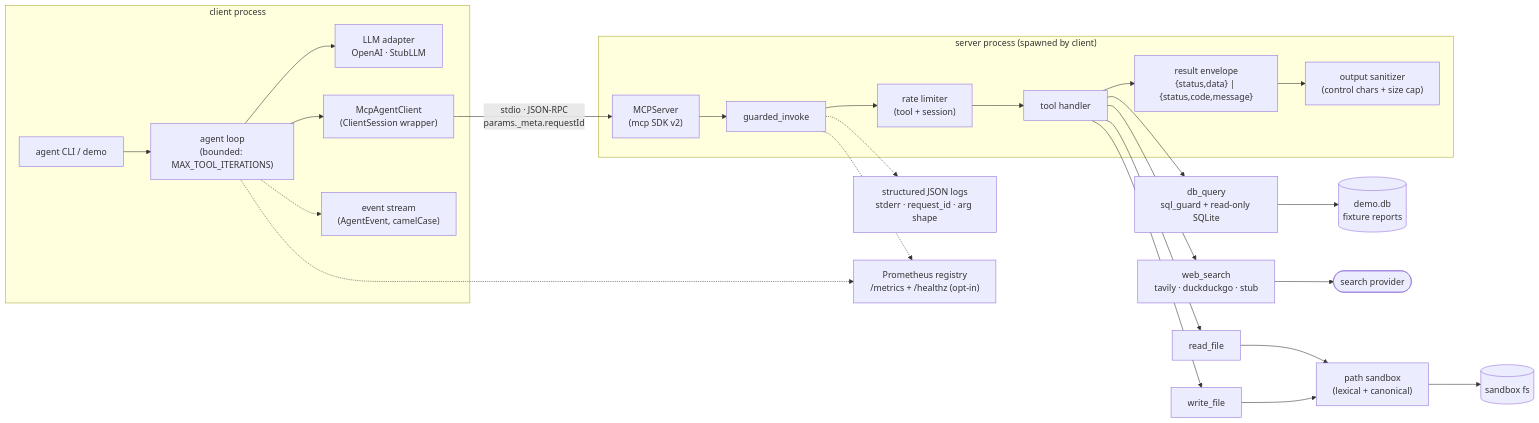
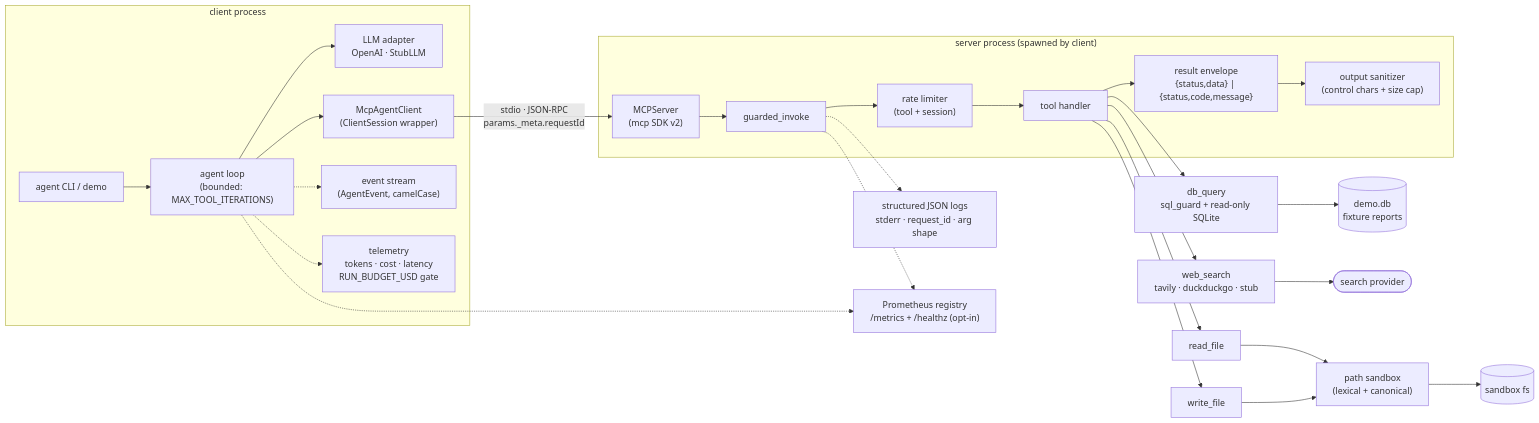
The diagram in docs/architecture.md (kanderson-ai-dev/mcp-agent-toolkit), drawn with Mermaid before and after one commit. The commit also changed other lines of this file and 39 other files, not shown here.

First line of the commit message:
feat: per-run token, cost and latency telemetry with budget gate

````diff
--- a/docs/architecture.md
+++ b/docs/architecture.md
@@ -11,31 +11,32 @@
 ```mermaid
 flowchart LR
     subgraph client["client process"]
         CLI["agent CLI / demo"] --> LOOP["agent loop<br/>(bounded: MAX_TOOL_ITERATIONS)"]
         LOOP --> LLM["LLM adapter<br/>OpenAI · StubLLM"]
         LOOP --> MCPC["McpAgentClient<br/>(ClientSession wrapper)"]
         LOOP -.-> EV["event stream<br/>(AgentEvent, camelCase)"]
+        LOOP -.-> TEL["telemetry<br/>tokens · cost · latency<br/>RUN_BUDGET_USD gate"]
     end
 
     MCPC -- "stdio · JSON-RPC<br/>params._meta.requestId" --> SRV
 
     subgraph server["server process (spawned by client)"]
         SRV["MCPServer<br/>(mcp SDK v2)"] --> INV["guarded_invoke"]
         INV --> RL["rate limiter<br/>(tool + session)"]
         RL --> HAND["tool handler"]
         HAND --> ENV["result envelope<br/>{status,data} | {status,code,message}"]
         ENV --> SAN["output sanitizer<br/>(control chars + size cap)"]
     end
 
     HAND --> WS["web_search<br/>tavily · duckduckgo · stub"]
     HAND --> DBQ["db_query<br/>sql_guard + read-only SQLite"]
     HAND --> RF["read_file"] & WF["write_file"]
     RF & WF --> SB["path sandbox<br/>(lexical + canonical)"]
     SB --> FS[("sandbox fs")]
     DBQ --> DB[("demo.db<br/>fixture reports")]
     WS --> NET(["search provider"])
 
     INV -.-> LOGS["structured JSON logs<br/>stderr · request_id · arg shape"]
     INV -.-> PROM["Prometheus registry<br/>/metrics + /healthz (opt-in)"]
     LOOP -.-> PROM
 ```
````
